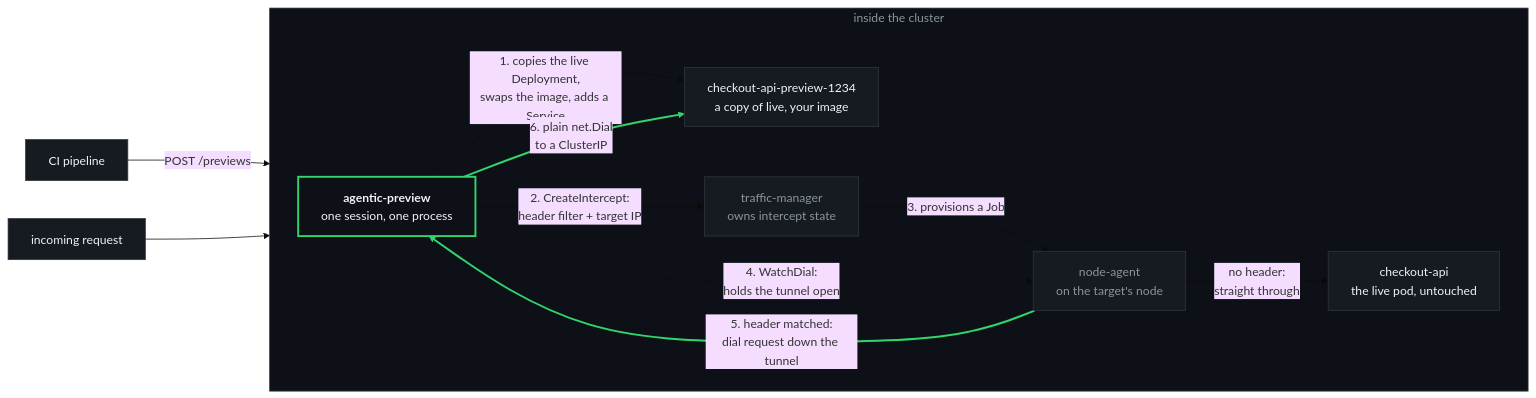
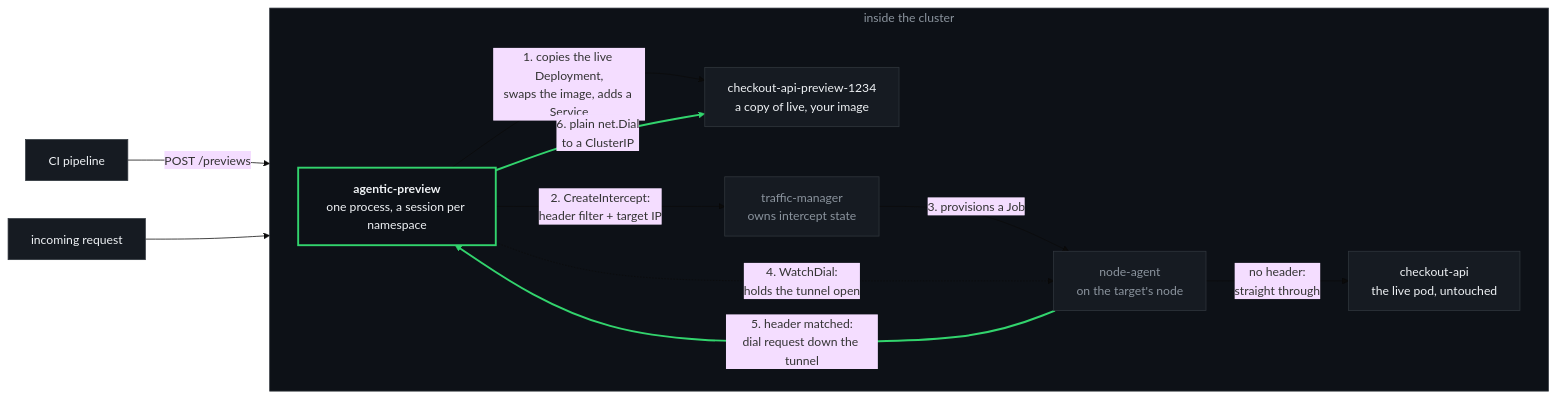
The diagram in docs/DESIGN.md (Alchemy86/agentic-preview), drawn with Mermaid (base theme) before and after one commit. The commit also changed other lines of this file and 12 other files, not shown here.

First line of the commit message:
Hold one manager session per allowed namespace (#3)

````diff
--- a/docs/DESIGN.md
+++ b/docs/DESIGN.md
@@ -73,34 +83,34 @@
 ```mermaid
 flowchart LR
     CI["CI pipeline"]
     IN["incoming request"]
 
     subgraph K["inside the cluster"]
         direction LR
-        AP["<b>agentic-preview</b><br/>one session, one process"]
+        AP["<b>agentic-preview</b><br/>one process, a session per namespace"]
         TM["traffic-manager<br/>owns intercept state"]
         NA["node-agent<br/>on the target's node"]
         LIVE["checkout-api<br/>the live pod, untouched"]
         PREV["checkout-api-preview-1234<br/>a copy of live, your image"]
     end
 
     CI -- "POST /previews" --> AP
     AP -- "1. copies the live Deployment,<br/>swaps the image, adds a Service" --> PREV
     AP -- "2. CreateIntercept:<br/>header filter + target IP" --> TM
     TM -- "3. provisions a Job" --> NA
     AP -. "4. WatchDial:<br/>holds the tunnel open" .-> NA
 
     IN --> NA
     NA -- "no header:<br/>straight through" --> LIVE
     NA == "5. header matched:<br/>dial request down the tunnel" ==> AP
     AP == "6. plain net.Dial<br/>to a ClusterIP" ==> PREV
 
     classDef me fill:#0d1117,stroke:#32d46d,stroke-width:2.5px,color:#f0f3f6
     classDef tp fill:#161b22,stroke:#30363d,stroke-width:1px,color:#8b949e
     classDef app fill:#161b22,stroke:#30363d,stroke-width:1px,color:#f0f3f6
     class AP me
     class TM,NA tp
     class LIVE,PREV,IN,CI app
     style K fill:#0d1117,stroke:#30363d,stroke-width:1px,color:#8b949e
     linkStyle 7,8 stroke:#32d46d,stroke-width:2.5px
 ```
````
